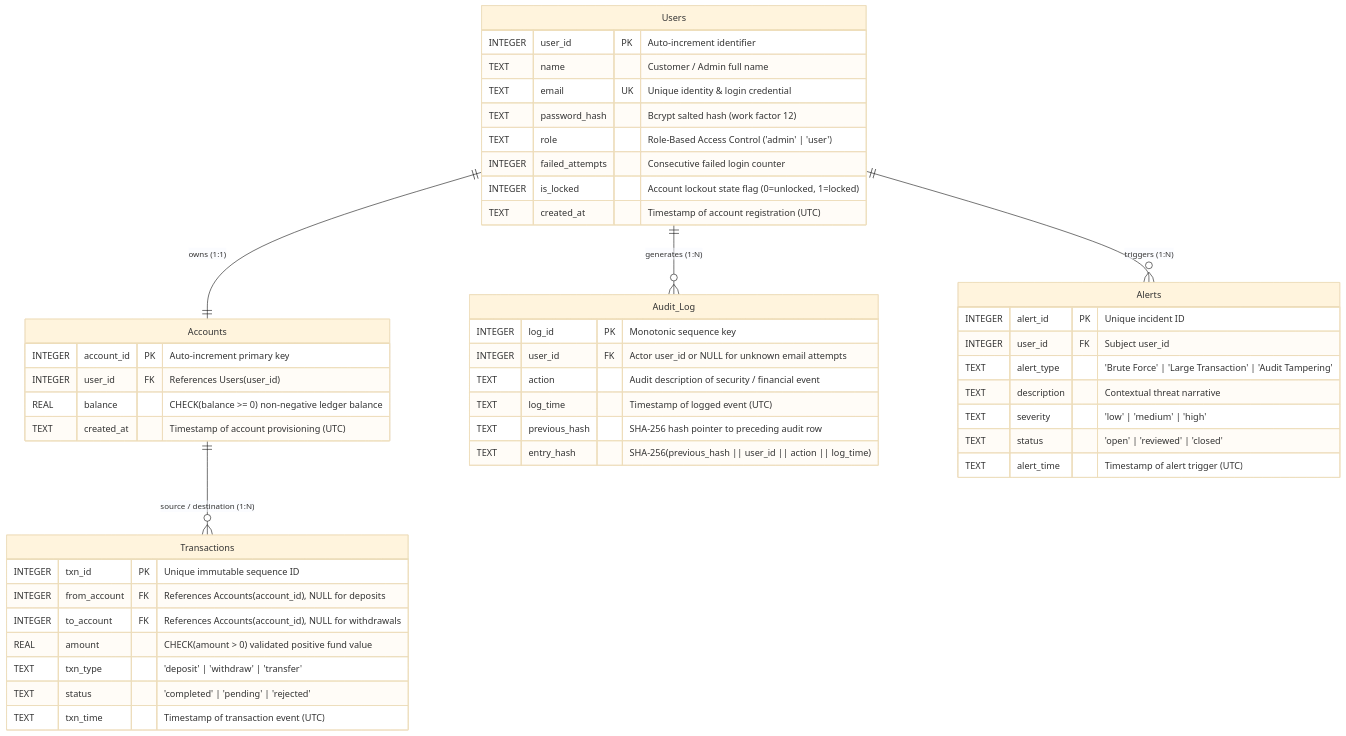
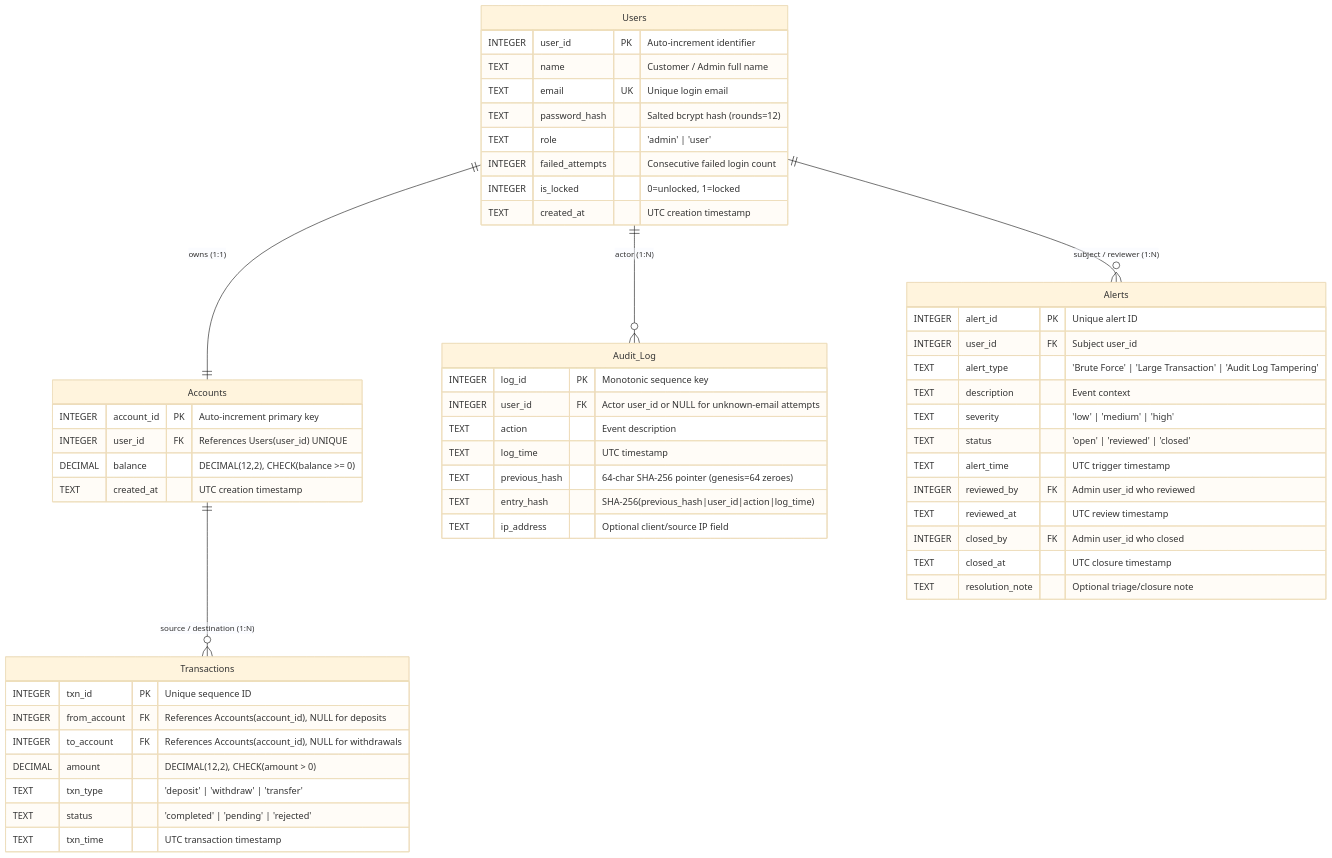
One commit to ayushkulhari47/secure-banking-system-dbms-cyber changed the diagram in docs/er_diagram_notes.md. Above: the diagram before and after it, drawn with Mermaid (base theme). The commit also changed other lines of this file and 16 other files, not shown here.

````diff
--- a/docs/er_diagram_notes.md
+++ b/docs/er_diagram_notes.md
@@ -11,54 +10,60 @@
 ```mermaid
 erDiagram
     Users ||--|| Accounts : "owns (1:1)"
-    Users ||--o{ Audit_Log : "generates (1:N)"
-    Users ||--o{ Alerts : "triggers (1:N)"
+    Users ||--o{ Audit_Log : "actor (1:N)"
+    Users ||--o{ Alerts : "subject / reviewer (1:N)"
     Accounts ||--o{ Transactions : "source / destination (1:N)"
 
     Users {
         INTEGER user_id PK "Auto-increment identifier"
         TEXT name "Customer / Admin full name"
-        TEXT email UK "Unique identity & login credential"
-        TEXT password_hash "Bcrypt salted hash (work factor 12)"
-        TEXT role "Role-Based Access Control ('admin' | 'user')"
-        INTEGER failed_attempts "Consecutive failed login counter"
-        INTEGER is_locked "Account lockout state flag (0=unlocked, 1=locked)"
-        TEXT created_at "Timestamp of account registration (UTC)"
+        TEXT email UK "Unique login email"
+        TEXT password_hash "Salted bcrypt hash (rounds=12)"
+        TEXT role "'admin' | 'user'"
+        INTEGER failed_attempts "Consecutive failed login count"
+        INTEGER is_locked "0=unlocked, 1=locked"
+        TEXT created_at "UTC creation timestamp"
     }
 
     Accounts {
         INTEGER account_id PK "Auto-increment primary key"
-        INTEGER user_id FK "References Users(user_id)"
-        REAL balance "CHECK(balance >= 0) non-negative ledger balance"
-        TEXT created_at "Timestamp of account provisioning (UTC)"
+        INTEGER user_id FK "References Users(user_id) UNIQUE"
+        DECIMAL balance "DECIMAL(12,2), CHECK(balance >= 0)"
+        TEXT created_at "UTC creation timestamp"
     }
 
     Transactions {
-        INTEGER txn_id PK "Unique immutable sequence ID"
+        INTEGER txn_id PK "Unique sequence ID"
         INTEGER from_account FK "References Accounts(account_id), NULL for deposits"
         INTEGER to_account FK "References Accounts(account_id), NULL for withdrawals"
-        REAL amount "CHECK(amount > 0) validated positive fund value"
+        DECIMAL amount "DECIMAL(12,2), CHECK(amount > 0)"
         TEXT txn_type "'deposit' | 'withdraw' | 'transfer'"
         TEXT status "'completed' | 'pending' | 'rejected'"
-        TEXT txn_time "Timestamp of transaction event (UTC)"
+        TEXT txn_time "UTC transaction timestamp"
     }
 
     Audit_Log {
         INTEGER log_id PK "Monotonic sequence key"
-        INTEGER user_id FK "Actor user_id or NULL for unknown email attempts"
-        TEXT action "Audit description of security / financial event"
-        TEXT log_time "Timestamp of logged event (UTC)"
-        TEXT previous_hash "SHA-256 hash pointer to preceding audit row"
-        TEXT entry_hash "SHA-256(previous_hash || user_id || action || log_time)"
+        INTEGER user_id FK "Actor user_id or NULL for unknown-email attempts"
+        TEXT action "Event description"
+        TEXT log_time "UTC timestamp"
+        TEXT previous_hash "64-char SHA-256 pointer (genesis=64 zeroes)"
+        TEXT entry_hash "SHA-256(previous_hash|user_id|action|log_time)"
+        TEXT ip_address "Optional client/source IP field"
     }
 
     Alerts {
-        INTEGER alert_id PK "Unique incident ID"
+        INTEGER alert_id PK "Unique alert ID"
         INTEGER user_id FK "Subject user_id"
-        TEXT alert_type "'Brute Force' | 'Large Transaction' | 'Audit Tampering'"
-        TEXT description "Contextual threat narrative"
+        TEXT alert_type "'Brute Force' | 'Large Transaction' | 'Audit Log Tampering'"
+        TEXT description "Event context"
         TEXT severity "'low' | 'medium' | 'high'"
         TEXT status "'open' | 'reviewed' | 'closed'"
-        TEXT alert_time "Timestamp of alert trigger (UTC)"
+        TEXT alert_time "UTC trigger timestamp"
+        INTEGER reviewed_by FK "Admin user_id who reviewed"
+        TEXT reviewed_at "UTC review timestamp"
+        INTEGER closed_by FK "Admin user_id who closed"
+        TEXT closed_at "UTC closure timestamp"
+        TEXT resolution_note "Optional triage/closure note"
     }
 ```
````
